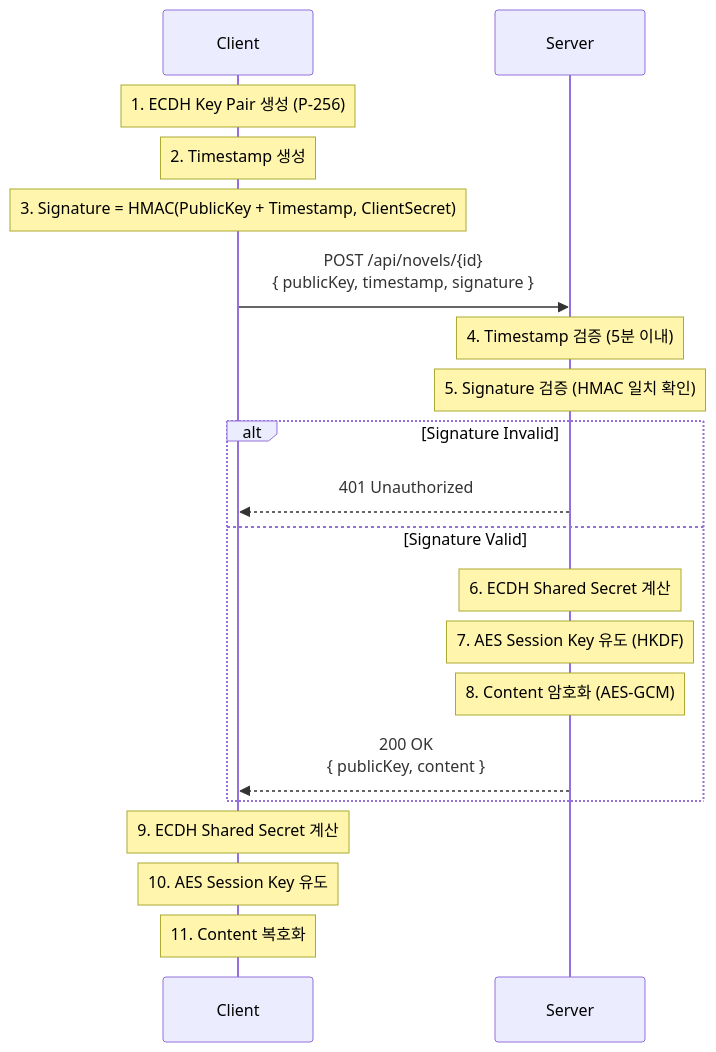
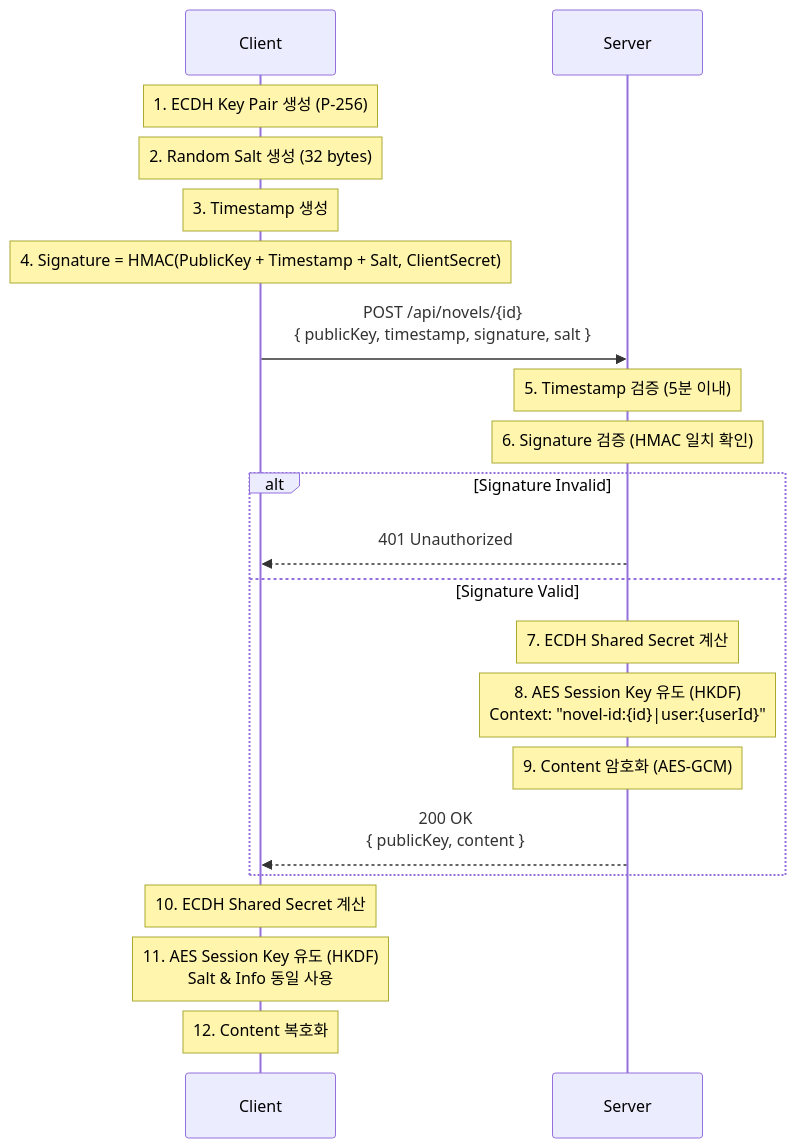
One commit to SAcid/api-encrypt changed the diagram in ENCRYPTION_SPECS.md. Above: the diagram before and after it, drawn with Mermaid. The commit also changed other lines of this file and 7 other files, not shown here.

````diff
--- a/ENCRYPTION_SPECS.md
+++ b/ENCRYPTION_SPECS.md
@@ -20,27 +21,28 @@
 ```mermaid
 sequenceDiagram
     participant Client
     participant Server
 
     Note over Client: 1. ECDH Key Pair 생성 (P-256)
-    Note over Client: 2. Timestamp 생성
-    Note over Client: 3. Signature = HMAC(PublicKey + Timestamp, ClientSecret)
+    Note over Client: 2. Random Salt 생성 (32 bytes)
+    Note over Client: 3. Timestamp 생성
+    Note over Client: 4. Signature = HMAC(PublicKey + Timestamp + Salt, ClientSecret)
     
-    Client->>Server: POST /api/novels/{id}<br/>{ publicKey, timestamp, signature }
+    Client->>Server: POST /api/novels/{id}<br/>{ publicKey, timestamp, signature, salt }
     
-    Note over Server: 4. Timestamp 검증 (5분 이내)
-    Note over Server: 5. Signature 검증 (HMAC 일치 확인)
+    Note over Server: 5. Timestamp 검증 (5분 이내)
+    Note over Server: 6. Signature 검증 (HMAC 일치 확인)
     
     alt Signature Invalid
         Server-->>Client: 401 Unauthorized
     else Signature Valid
-        Note over Server: 6. ECDH Shared Secret 계산
-        Note over Server: 7. AES Session Key 유도 (HKDF)
-        Note over Server: 8. Content 암호화 (AES-GCM)
+        Note over Server: 7. ECDH Shared Secret 계산
+        Note over Server: 8. AES Session Key 유도 (HKDF)<br/>Context: "novel-id:{id}|user:{userId}"
+        Note over Server: 9. Content 암호화 (AES-GCM)
         Server-->>Client: 200 OK<br/>{ publicKey, content }
     end
 
-    Note over Client: 9. ECDH Shared Secret 계산
-    Note over Client: 10. AES Session Key 유도
-    Note over Client: 11. Content 복호화
+    Note over Client: 10. ECDH Shared Secret 계산
+    Note over Client: 11. AES Session Key 유도 (HKDF)<br/>Salt & Info 동일 사용
+    Note over Client: 12. Content 복호화
 ```
````
